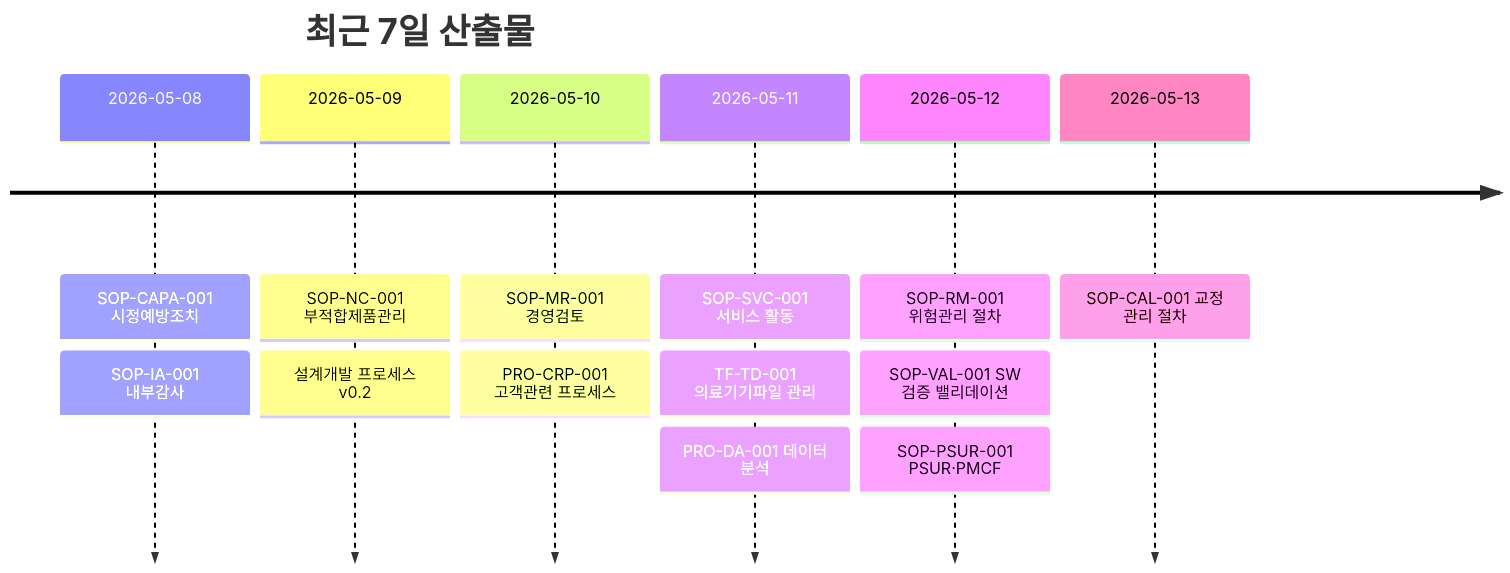
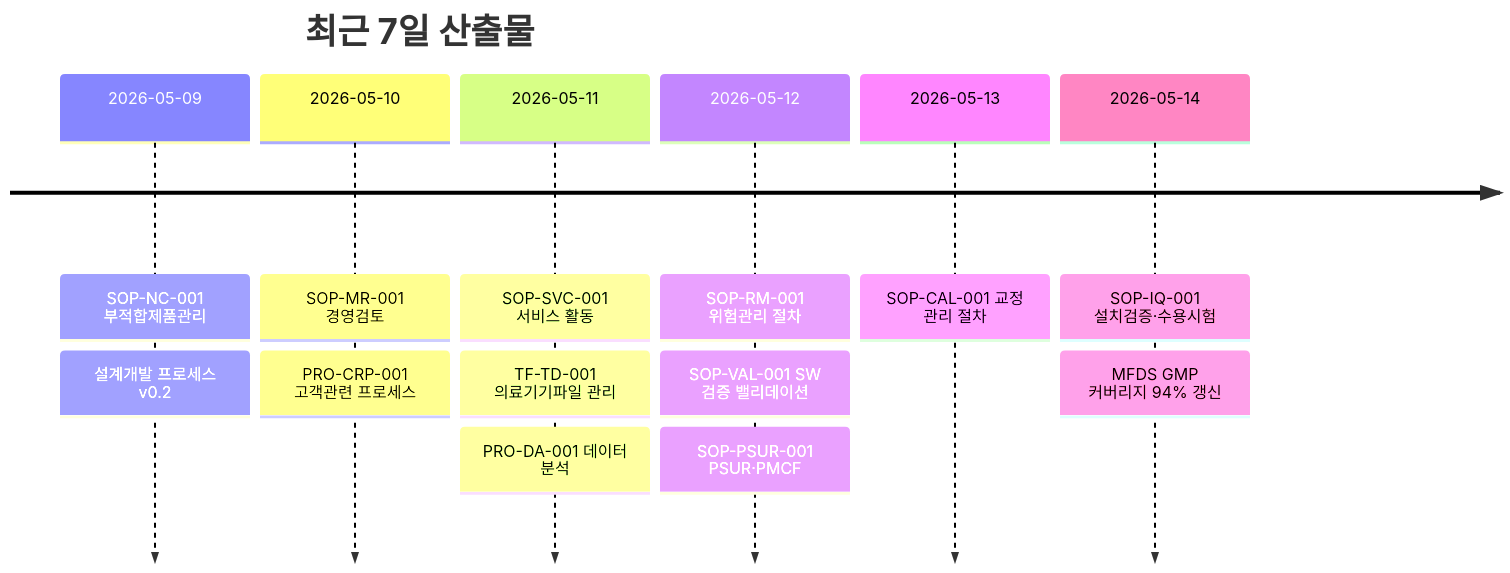
One commit to holee9/MD-process changed the third of 4 diagrams in README.md. Above: the diagram before and after it, drawn with Mermaid. The commit also changed other lines of this file, not shown here.

Commit message:
docs(readme): 진행현황 2026-05-14 — 문서 122건, 이슈 96건, GMP 94%

````diff
--- a/README.md
+++ b/README.md
@@ -143,17 +143,17 @@
 ```mermaid
 timeline
     title 최근 7일 산출물
-    2026-05-08 : SOP-CAPA-001 시정예방조치
-               : SOP-IA-001 내부감사
     2026-05-09 : SOP-NC-001 부적합제품관리
                : 설계개발 프로세스 v0.2
     2026-05-10 : SOP-MR-001 경영검토
                : PRO-CRP-001 고객관련 프로세스
     2026-05-11 : SOP-SVC-001 서비스 활동
                : TF-TD-001 의료기기파일 관리
                : PRO-DA-001 데이터 분석
     2026-05-12 : SOP-RM-001 위험관리 절차
                : SOP-VAL-001 SW 검증 밸리데이션
                : SOP-PSUR-001 PSUR·PMCF
     2026-05-13 : SOP-CAL-001 교정 관리 절차
+    2026-05-14 : SOP-IQ-001 설치검증·수용시험
+               : MFDS GMP 커버리지 94% 갱신
 ```
````
